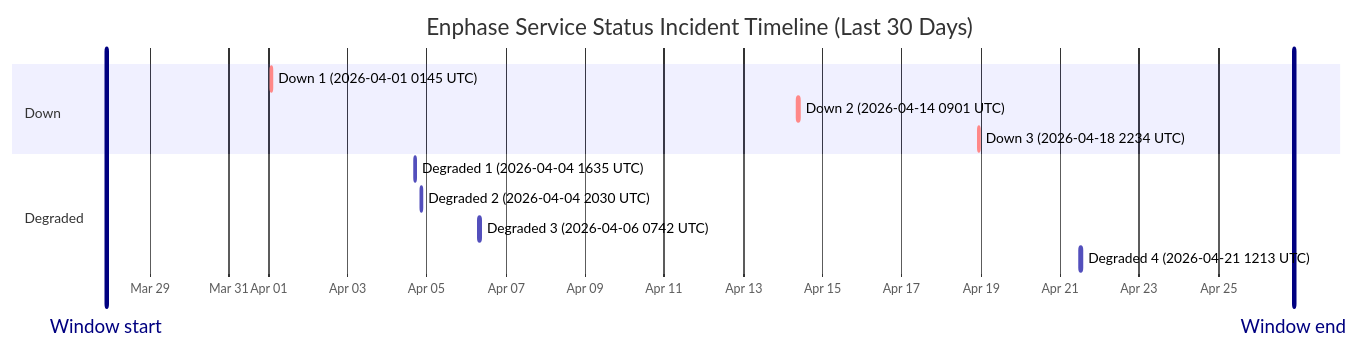
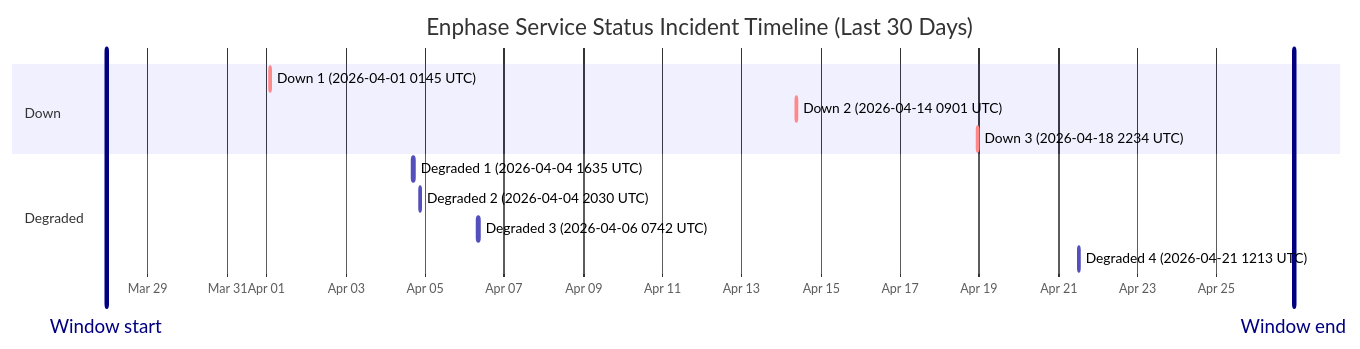
One commit to barneyonline/ha-enphase-ev-charger changed the diagram in wiki/Service-Status-History.md. Above: the diagram before and after it, drawn with Mermaid. The commit also changed other lines of this file and 3 other files, not shown here.

````diff
--- a/wiki/Service-Status-History.md
+++ b/wiki/Service-Status-History.md
@@ -14,17 +14,17 @@
 ```mermaid
 gantt
     title Enphase Service Status Incident Timeline (Last 30 Days)
     dateFormat  YYYY-MM-DDTHH:mm:ss
     axisFormat  %b %d
-    Window start :vert, window-start, 2026-03-27T21:37:00, 0ms
-    Window end :vert, window-end, 2026-04-26T21:37:00, 0ms
+    Window start :vert, window-start, 2026-03-27T22:37:03, 0ms
+    Window end :vert, window-end, 2026-04-26T22:37:03, 0ms
     section Down
     Down 1 (2026-04-01 0145 UTC) :crit, down-1, 2026-04-01T01:45:09, 60m
     Down 2 (2026-04-14 0901 UTC) :crit, down-2, 2026-04-14T09:01:13, 60m
     Down 3 (2026-04-18 2234 UTC) :crit, down-3, 2026-04-18T22:34:13, 60m
     section Degraded
     Degraded 1 (2026-04-04 1635 UTC) :active, degraded-1, 2026-04-04T16:35:17, 60m
     Degraded 2 (2026-04-04 2030 UTC) :active, degraded-2, 2026-04-04T20:30:40, 60m
     Degraded 3 (2026-04-06 0742 UTC) :active, degraded-3, 2026-04-06T07:42:09, 85m
     Degraded 4 (2026-04-21 1213 UTC) :active, degraded-4, 2026-04-21T12:13:11, 60m
 ```
````
